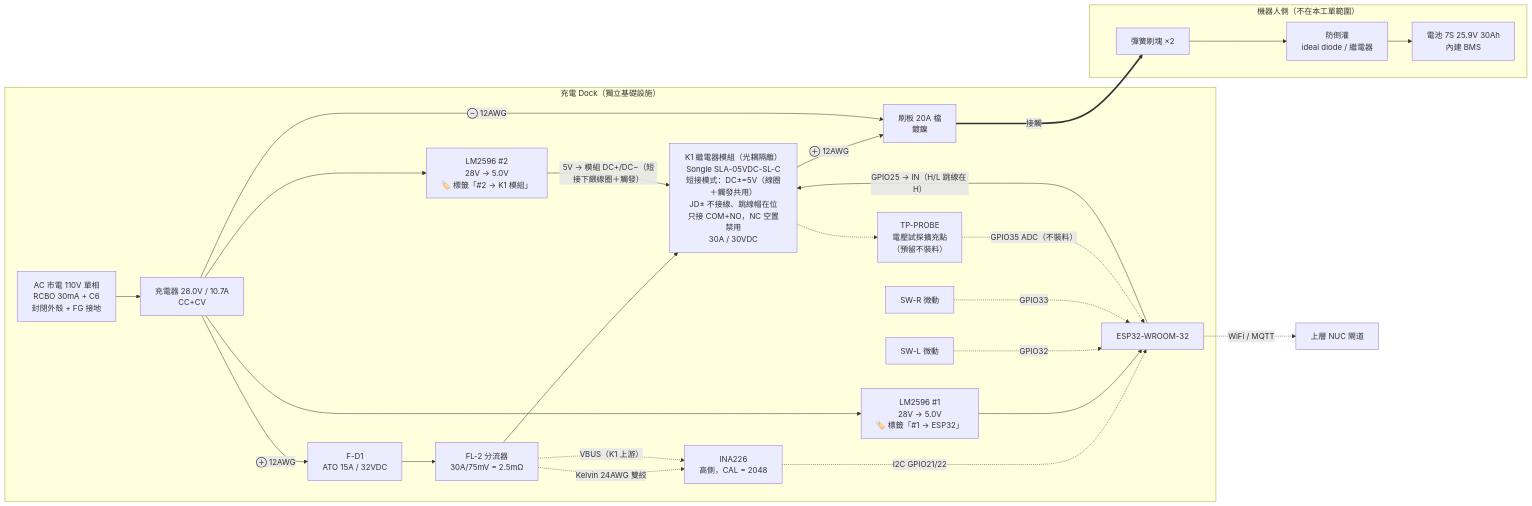
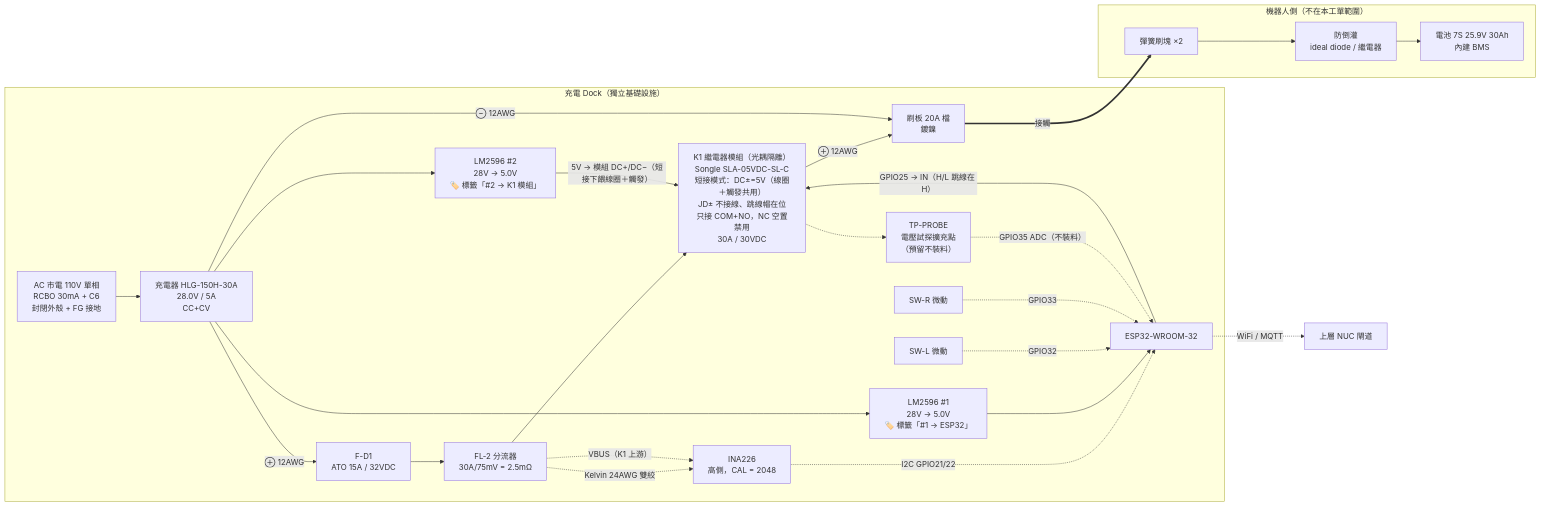
One commit to liang0929/delivery_robot changed the first of 2 diagrams in docs/charging_dock_design.md. Above: the diagram before and after it, drawn with Mermaid. The commit also changed other lines of this file, not shown here.

First line of the commit message:
docs(charging_dock): 充電器定案 HLG-150H-30A—全文改算 5A 基準

````diff
--- a/docs/charging_dock_design.md
+++ b/docs/charging_dock_design.md
@@ -66,40 +89,40 @@
 ```mermaid
 flowchart LR
     subgraph DOCK["充電 Dock（獨立基礎設施）"]
         AC["AC 市電 110V 單相<br/>RCBO 30mA + C6<br/>封閉外殼 + FG 接地"]
-        CHG["充電器 28.0V / 10.7A<br/>CC+CV"]
+        CHG["充電器 HLG-150H-30A<br/>28.0V / 5A<br/>CC+CV"]
         FD1["F-D1<br/>ATO 15A / 32VDC"]
         SH["FL-2 分流器<br/>30A/75mV = 2.5mΩ"]
         K1["K1 繼電器模組（光耦隔離）<br/>Songle SLA-05VDC-SL-C<br/>短接模式：DC±=5V（線圈＋觸發共用）<br/>JD± 不接線、跳線帽在位<br/>只接 COM+NO，NC 空置禁用<br/>30A / 30VDC"]
         BR["刷板 20A 檔<br/>鍍鎳"]
         INA["INA226<br/>高側，CAL = 2048"]
         ESP["ESP32-WROOM-32"]
         BK1["LM2596 #1<br/>28V → 5.0V<br/>🏷️ 標籤「#1 → ESP32」"]
         BK2["LM2596 #2<br/>28V → 5.0V<br/>🏷️ 標籤「#2 → K1 模組」"]
         SWL["SW-L 微動"]
         SWR["SW-R 微動"]
         TP["TP-PROBE<br/>電壓試探擴充點<br/>（預留不裝料）"]
     end
 
     subgraph ROBOT["機器人側（不在本工單範圍）"]
         BRUSH["彈簧刷塊 ×2"]
         AD["防倒灌<br/>ideal diode / 繼電器"]
         BAT["電池 7S 25.9V 30Ah<br/>內建 BMS"]
     end
 
     AC --> CHG
     CHG -->|"⊕ 12AWG"| FD1 --> SH --> K1 -->|"⊕ 12AWG"| BR
     CHG -->|"⊖ 12AWG"| BR
     SH -.->|"Kelvin 24AWG 雙絞"| INA
     SH -.->|"VBUS（K1 上游）"| INA
     INA -.->|"I2C GPIO21/22"| ESP
     CHG --> BK1 --> ESP
     CHG --> BK2 -->|"5V → 模組 DC+/DC−（短接下餵線圈＋觸發）"| K1
     ESP -->|"GPIO25 → IN（H/L 跳線在 H）"| K1
     SWL -.->|"GPIO32"| ESP
     SWR -.->|"GPIO33"| ESP
     K1 -.-> TP
     TP -.->|"GPIO35 ADC（不裝料）"| ESP
     BR ==>|"接觸"| BRUSH --> AD --> BAT
     ESP -.->|"WiFi / MQTT"| NUC["上層 NUC 閘道"]
 ```
````
